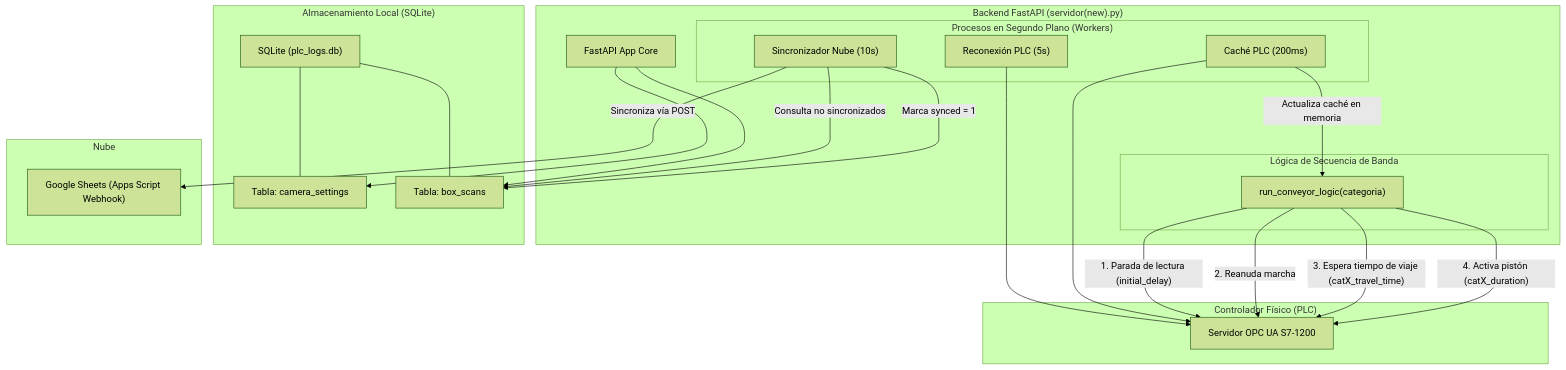
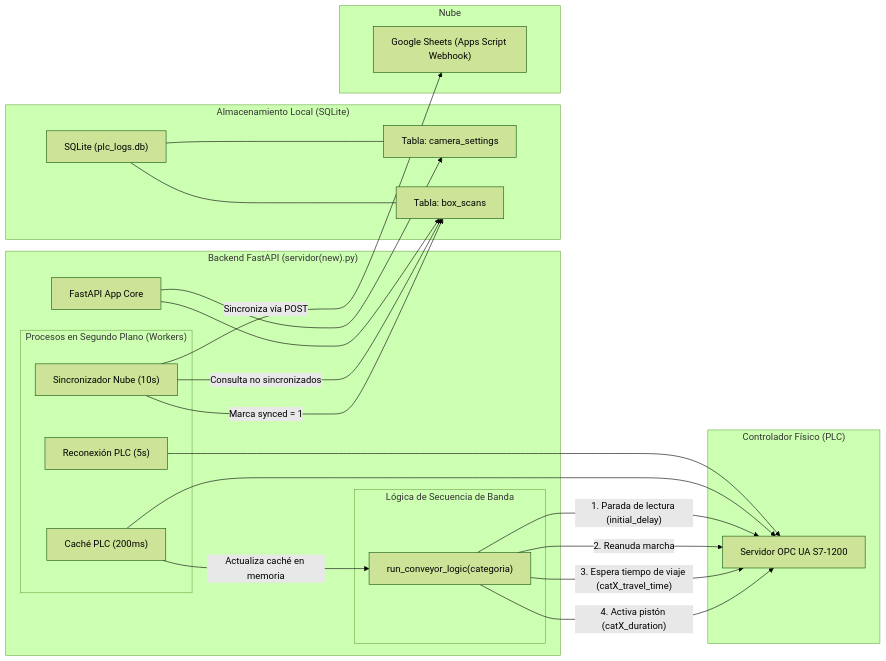
Before and after one commit to Zann181/Automatizacion: the second of 4 diagrams in README.md, drawn with Mermaid (forest theme). The commit also changed other lines of this file, not shown here.

Commit message:
diagrama

````diff
--- a/README.md
+++ b/README.md
@@ -234,49 +234,49 @@
 ```mermaid
-graph TD
+graph LR
     subgraph Backend["Backend FastAPI (servidor(new).py)"]
         FastAPI_App["FastAPI App Core"]
         
         subgraph Workers["Procesos en Segundo Plano (Workers)"]
             Loop_PLC_Conn["Reconexión PLC (5s)"]
             Loop_PLC_Cache["Caché PLC (200ms)"]
             Loop_Sheets["Sincronizador Nube (10s)"]
         end
         
         subgraph AutomationLogic["Lógica de Secuencia de Banda"]
             Seq_Conveyor["run_conveyor_logic(categoria)"]
         end
     end
     
     subgraph Database["Almacenamiento Local (SQLite)"]
         SQLite_DB["SQLite (plc_logs.db)"]
         Table_Settings["Tabla: camera_settings"]
         Table_Scans["Tabla: box_scans"]
     end
     
     subgraph Hardware_PLC["Controlador Físico (PLC)"]
         OPC_UA_Server["Servidor OPC UA S7-1200"]
     end
     
     subgraph Cloud["Nube"]
         Google_Sheets["Google Sheets (Apps Script Webhook)"]
     end
 
     FastAPI_App --> Table_Settings
     FastAPI_App --> Table_Scans
     
     Loop_PLC_Conn --> OPC_UA_Server
     Loop_PLC_Cache --> OPC_UA_Server
     Loop_PLC_Cache -- "Actualiza caché en memoria" --> Seq_Conveyor
     
     Seq_Conveyor -- "1. Parada de lectura (initial_delay)" --> OPC_UA_Server
     Seq_Conveyor -- "2. Reanuda marcha" --> OPC_UA_Server
     Seq_Conveyor -- "3. Espera tiempo de viaje (catX_travel_time)" --> OPC_UA_Server
     Seq_Conveyor -- "4. Activa pistón (catX_duration)" --> OPC_UA_Server
     
     Loop_Sheets -- "Consulta no sincronizados" --> Table_Scans
     Loop_Sheets -- "Sincroniza vía POST" --> Google_Sheets
     Loop_Sheets -- "Marca synced = 1" --> Table_Scans
     
     SQLite_DB --- Table_Settings
     SQLite_DB --- Table_Scans
 ```
````
